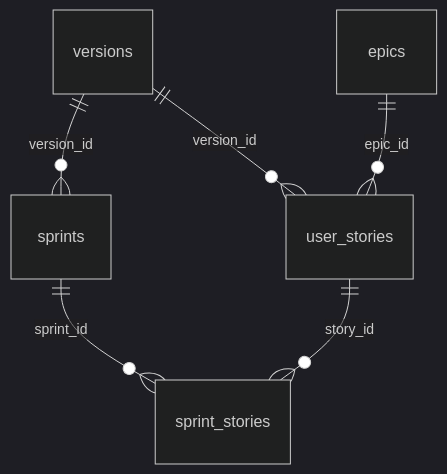
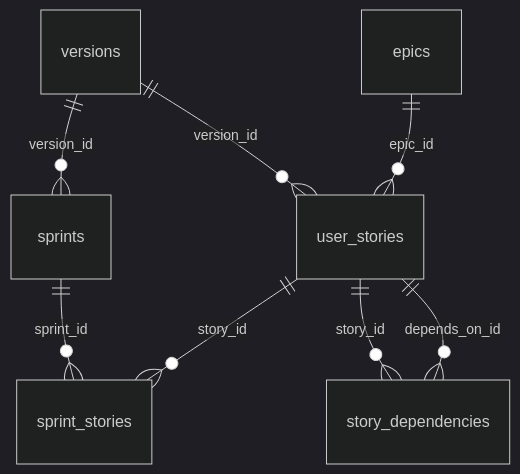
Before and after one commit to colabcolibri/meridian: the diagram in .agent/references/templates/sqlite-delivery-operations.md, drawn with Mermaid (dark theme). The commit also changed other lines of this file and 14 other files, not shown here.

First line of the commit message:
feat(kit,extension): depends_on com FK story_dependencies e picker no form

````diff
--- a/.agent/references/templates/sqlite-delivery-operations.md
+++ b/.agent/references/templates/sqlite-delivery-operations.md
@@ -30,8 +31,10 @@
 ```mermaid
 erDiagram
   versions ||--o{ sprints : version_id
   versions ||--o{ user_stories : version_id
   epics ||--o{ user_stories : epic_id
   sprints ||--o{ sprint_stories : sprint_id
   user_stories ||--o{ sprint_stories : story_id
+  user_stories ||--o{ story_dependencies : story_id
+  user_stories ||--o{ story_dependencies : depends_on_id
 ```
````
